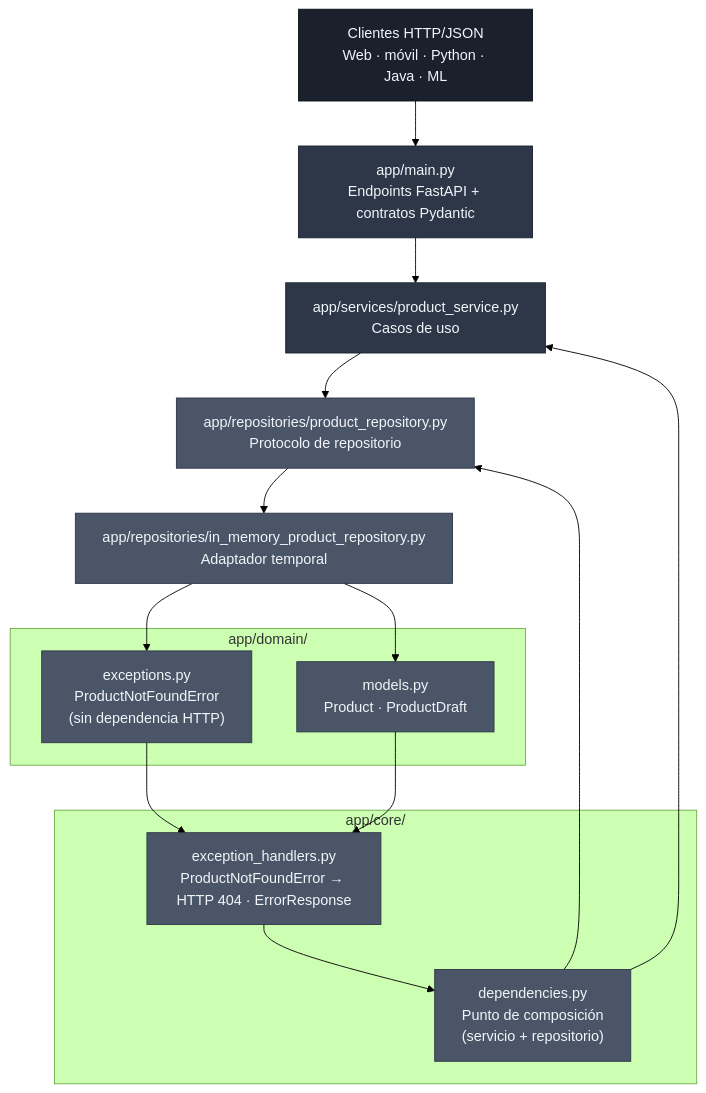
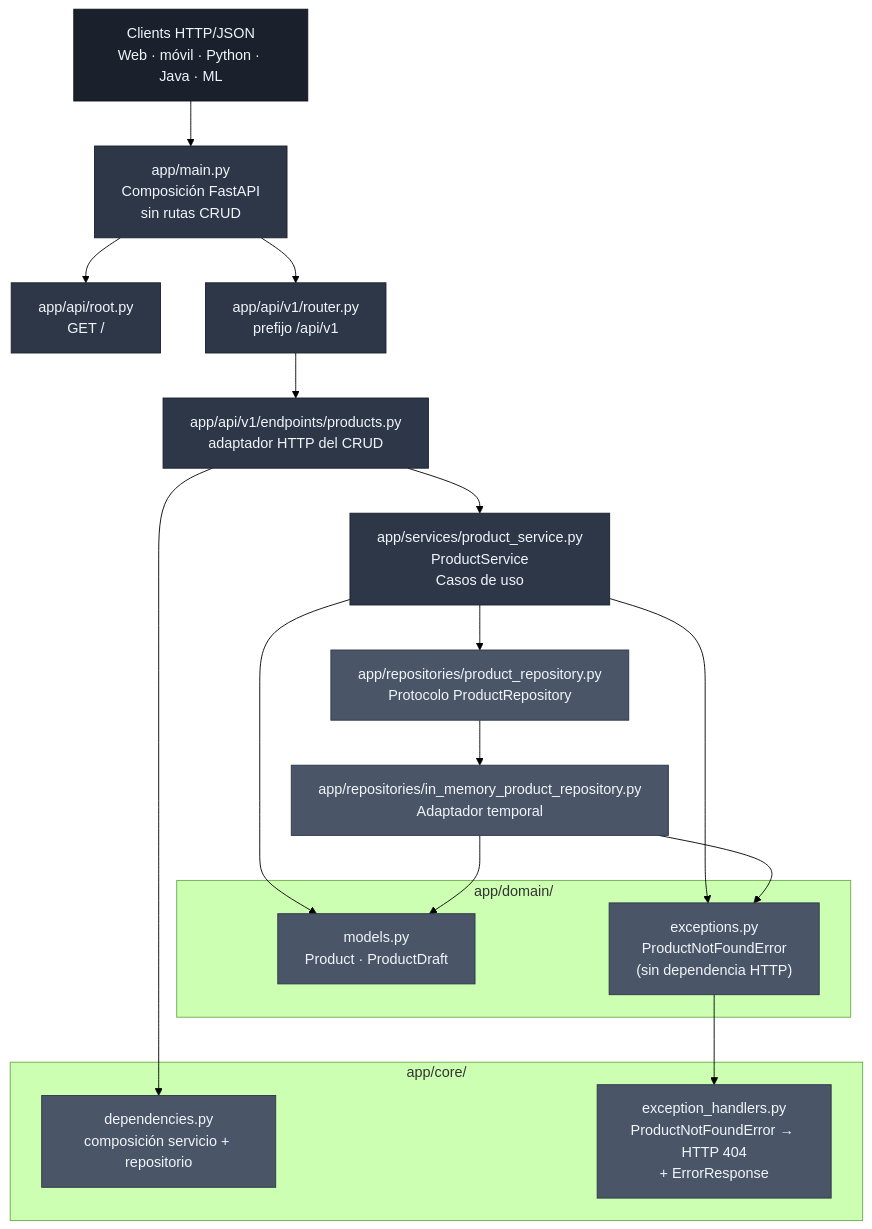
The second of 2 diagrams in docs/architecture.md (LenninTemoche/FastAPI-AI-integration-basic), drawn with Mermaid (forest theme) before and after one commit. The commit also changed other lines of this file and 15 other files, not shown here.

Commit message:
refactor: modularize product API routes and docs/

````diff
--- a/docs/architecture.md
+++ b/docs/architecture.md
@@ -44,36 +70,40 @@
 ```mermaid
 flowchart TD
-    CLIENTES[Clientes HTTP/JSON<br/>Web · móvil · Python · Java · ML] --> MAIN[app/main.py<br/>Endpoints FastAPI + contratos Pydantic]
-    MAIN --> SVC[app/services/product_service.py<br/>Casos de uso]
-    SVC --> REPO_PROTO[app/repositories/product_repository.py<br/>Protocolo de repositorio]
+    CLIENT[Clients HTTP/JSON<br/>Web · móvil · Python · Java · ML] --> MAIN[app/main.py<br/>Composición FastAPI<br/>sin rutas CRUD]
+    MAIN --> ROOT[app/api/root.py<br/>GET /]
+    MAIN --> V1[app/api/v1/router.py<br/>prefijo /api/v1]
+    V1 --> PROD[app/api/v1/endpoints/products.py<br/>adaptador HTTP del CRUD]
+    PROD --> SVC[app/services/product_service.py<br/>ProductService<br/>Casos de uso]
+    SVC --> REPO_PROTO[app/repositories/product_repository.py<br/>Protocolo ProductRepository]
     REPO_PROTO --> REPO_IMPL[app/repositories/in_memory_product_repository.py<br/>Adaptador temporal]
 
     subgraph DOM["app/domain/"]
         MODELS["models.py<br/>Product · ProductDraft"]
         EXC["exceptions.py<br/>ProductNotFoundError<br/>(sin dependencia HTTP)"]
     end
 
     subgraph CORE["app/core/"]
-        HANDLERS["exception_handlers.py<br/>ProductNotFoundError → HTTP 404 · ErrorResponse"]
-        DEPS["dependencies.py<br/>Punto de composición<br/>(servicio + repositorio)"]
+        DEPS["dependencies.py<br/>composición servicio + repositorio"]
+        ERR["exception_handlers.py<br/>ProductNotFoundError → HTTP 404<br/>+ ErrorResponse"]
     end
 
+    PROD --> DEPS
+    SVC --> MODELS
+    SVC --> EXC
+    EXC --> ERR
     REPO_IMPL --> MODELS
     REPO_IMPL --> EXC
-    EXC --> HANDLERS
-    MODELS --> HANDLERS
 
-    HANDLERS --> DEPS
-    DEPS --> REPO_PROTO
-    DEPS --> SVC
-
-    style CLIENTES fill:#1a202c,stroke:#0d1117,color:#f1f5f9
+    style CLIENT fill:#1a202c,stroke:#0d1117,color:#f1f5f9
     style MAIN fill:#2d3748,stroke:#1a202c,color:#f1f5f9
+    style ROOT fill:#2d3748,stroke:#1a202c,color:#f1f5f9
+    style V1 fill:#2d3748,stroke:#1a202c,color:#f1f5f9
+    style PROD fill:#2d3748,stroke:#1a202c,color:#f1f5f9
     style SVC fill:#2d3748,stroke:#1a202c,color:#f1f5f9
     style REPO_PROTO fill:#4a5568,stroke:#2d3748,color:#f1f5f9
     style REPO_IMPL fill:#4a5568,stroke:#2d3748,color:#f1f5f9
     style MODELS fill:#4a5568,stroke:#2d3748,color:#f1f5f9
     style EXC fill:#4a5568,stroke:#2d3748,color:#f1f5f9
-    style HANDLERS fill:#4a5568,stroke:#2d3748,color:#f1f5f9
     style DEPS fill:#4a5568,stroke:#2d3748,color:#f1f5f9
+    style ERR fill:#4a5568,stroke:#2d3748,color:#f1f5f9
 ```
````
